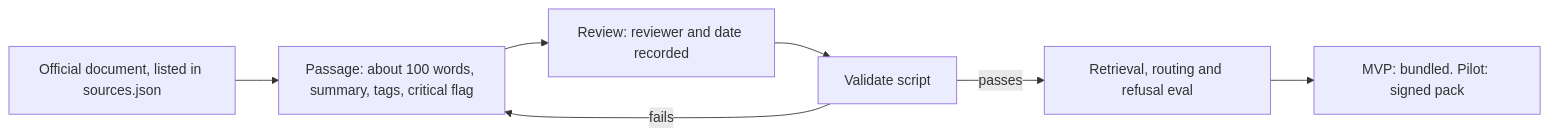
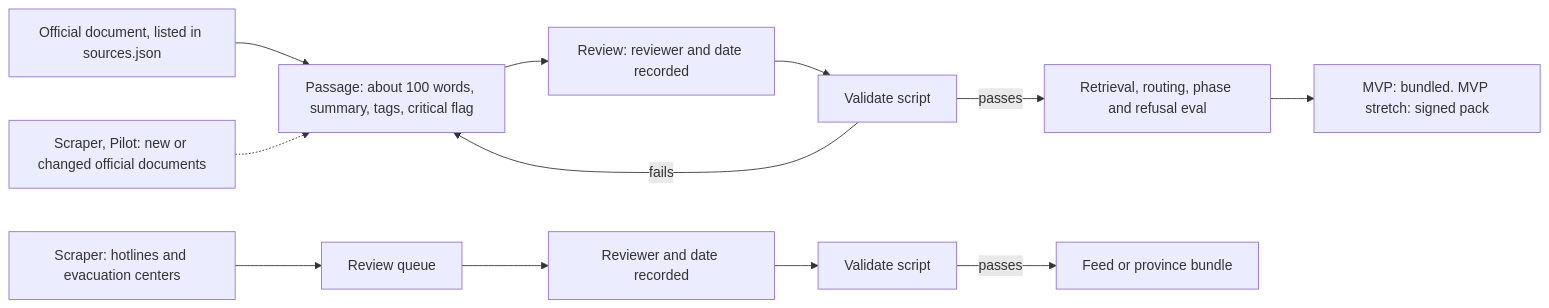
One commit to Jimuelle07/Sipat changed the tenth of 13 diagrams in docs/system-design.md. Above: the diagram before and after it, drawn with Mermaid. The commit also changed other lines of this file and 32 other files, not shown here.

````diff
--- a/docs/system-design.md
+++ b/docs/system-design.md
@@ -335,9 +433,14 @@
 ```mermaid
 flowchart LR
   SRC["Official document, listed in sources.json"] --> W["Passage: about 100 words, summary, tags, critical flag"]
   W --> RV["Review: reviewer and date recorded"]
   RV --> VAL["Validate script"]
   VAL -- fails --> W
-  VAL -- passes --> EV["Retrieval, routing and refusal eval"]
-  EV --> SHIP["MVP: bundled. Pilot: signed pack"]
+  VAL -- passes --> EV["Retrieval, routing, phase and refusal eval"]
+  EV --> SHIP["MVP: bundled. MVP stretch: signed pack"]
+  SCR["Scraper: hotlines and evacuation centers"] --> RQ["Review queue"]
+  RQ --> RV2["Reviewer and date recorded"]
+  RV2 --> VAL2["Validate script"]
+  VAL2 -- passes --> PUB["Feed or province bundle"]
+  SCR2["Scraper, Pilot: new or changed official documents"] -.-> W
 ```
````
